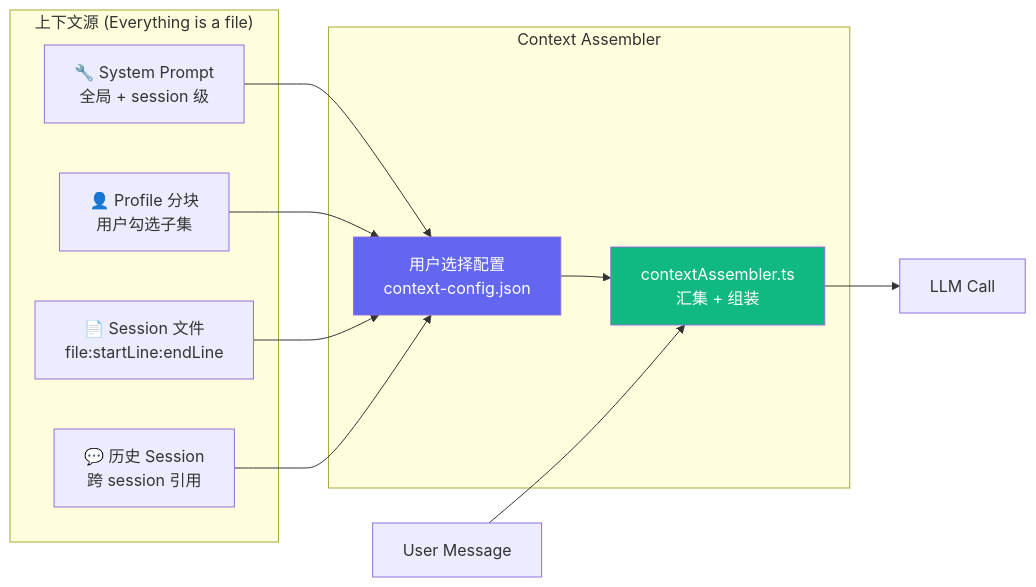
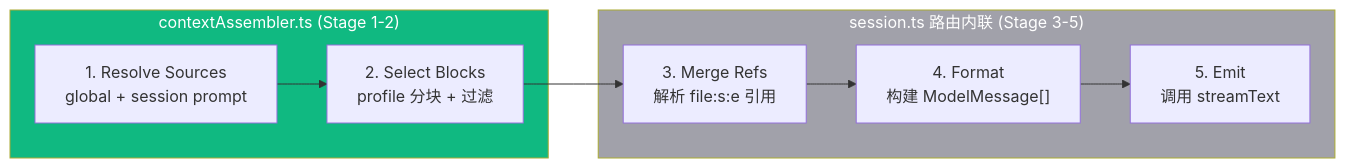
The fourth of 4 diagrams in ARCHITECTURE.md (albert-zen/AgentTeacher-Tutor), drawn with Mermaid before and after one commit. The commit also changed other lines of this file and 1 other file, not shown here.

Commit message:
docs: delete TEST_SPEC.md, update ARCHITECTURE.md to reflect current state

````diff
--- a/ARCHITECTURE.md
+++ b/ARCHITECTURE.md
@@ -170,22 +177,18 @@
 ```mermaid
 graph LR
-    subgraph Sources ["上下文源 (Everything is a file)"]
-        SP[🔧 System Prompt<br/>全局 + session 级]
-        PF[👤 Profile 分块<br/>用户勾选子集]
-        SF[📄 Session 文件<br/>file:startLine:endLine]
-        HI[💬 历史 Session<br/>跨 session 引用]
+    subgraph Assembler ["contextAssembler.ts (Stage 1-2)"]
+        S1["1. Resolve Sources<br/>global + session prompt"]
+        S2["2. Select Blocks<br/>profile 分块 + 过滤"]
     end
 
-    subgraph Assembler ["Context Assembler"]
-        SEL[用户选择配置<br/>context-config.json]
-        ASM[contextAssembler.ts<br/>汇集 + 组装]
+    subgraph Inline ["session.ts 路由内联 (Stage 3-5)"]
+        S3["3. Merge Refs<br/>解析 file:s:e 引用"]
+        S4["4. Format<br/>构建 ModelMessage[]"]
+        S5["5. Emit<br/>调用 streamText"]
     end
 
-    SP & PF & SF & HI --> SEL
-    SEL --> ASM
-    UM[User Message] --> ASM
-    ASM --> LLM["LLM Call"]
+    S1 --> S2 --> S3 --> S4 --> S5
 
-    style ASM fill:#10b981,color:#fff
-    style SEL fill:#6366f1,color:#fff
+    style Assembler fill:#10b981,color:#fff
+    style Inline fill:#a1a1aa,color:#fff
 ```
````
